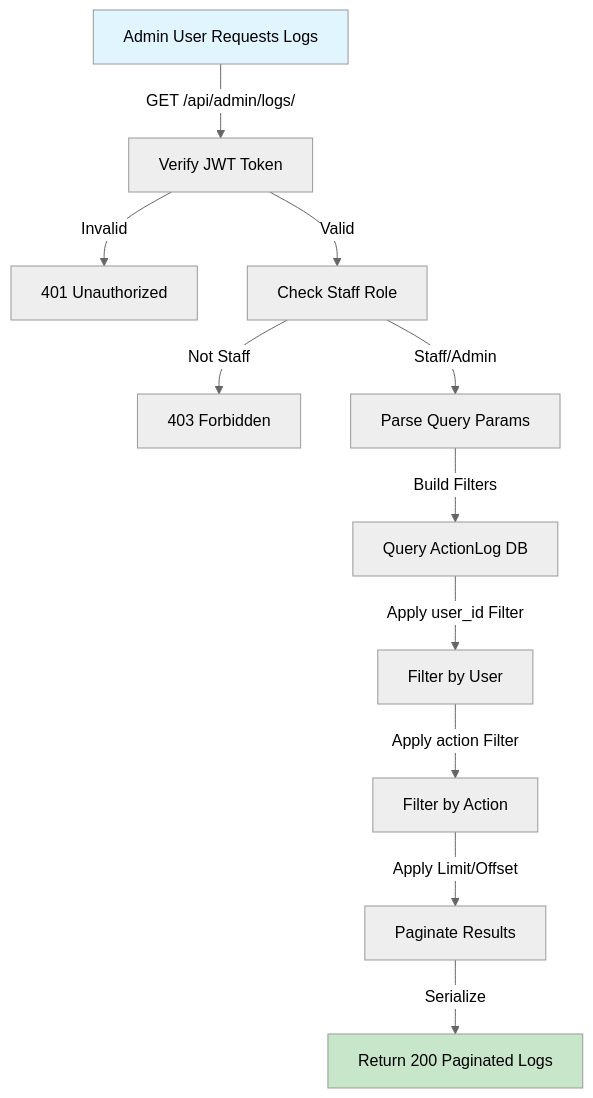
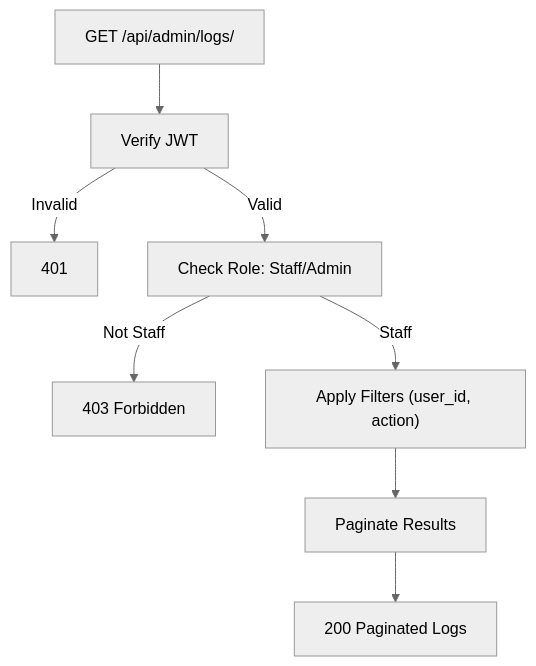
One commit to RadiantVixen/music-room changed the eighth of 13 diagrams in API_SCHEMAS.md. Above: the diagram before and after it, drawn with Mermaid (neutral theme). The commit also changed other lines of this file and 65 other files, not shown here.

````diff
--- a/API_SCHEMAS.md
+++ b/API_SCHEMAS.md
@@ -906,16 +655,10 @@
 ```mermaid
 graph TD
-    A["Admin User Requests Logs"] -->|GET /api/admin/logs/| B["Verify JWT Token"]
-    B -->|Invalid| C["401 Unauthorized"]
-    B -->|Valid| D["Check Staff Role"]
+    A["GET /api/admin/logs/"] --> B["Verify JWT"]
+    B -->|Invalid| C["401"]
+    B -->|Valid| D["Check Role: Staff/Admin"]
     D -->|Not Staff| E["403 Forbidden"]
-    D -->|Staff/Admin| F["Parse Query Params"]
-    F -->|Build Filters| G["Query ActionLog DB"]
-    G -->|Apply user_id Filter| H["Filter by User"]
-    H -->|Apply action Filter| I["Filter by Action"]
-    I -->|Apply Limit/Offset| J["Paginate Results"]
-    J -->|Serialize| K["Return 200 Paginated Logs"]
-    
-    style A fill:#e1f5ff
-    style K fill:#c8e6c9
+    D -->|Staff| F["Apply Filters (user_id, action)"]
+    F --> G["Paginate Results"]
+    G --> H["200 Paginated Logs"]
 ```
````
